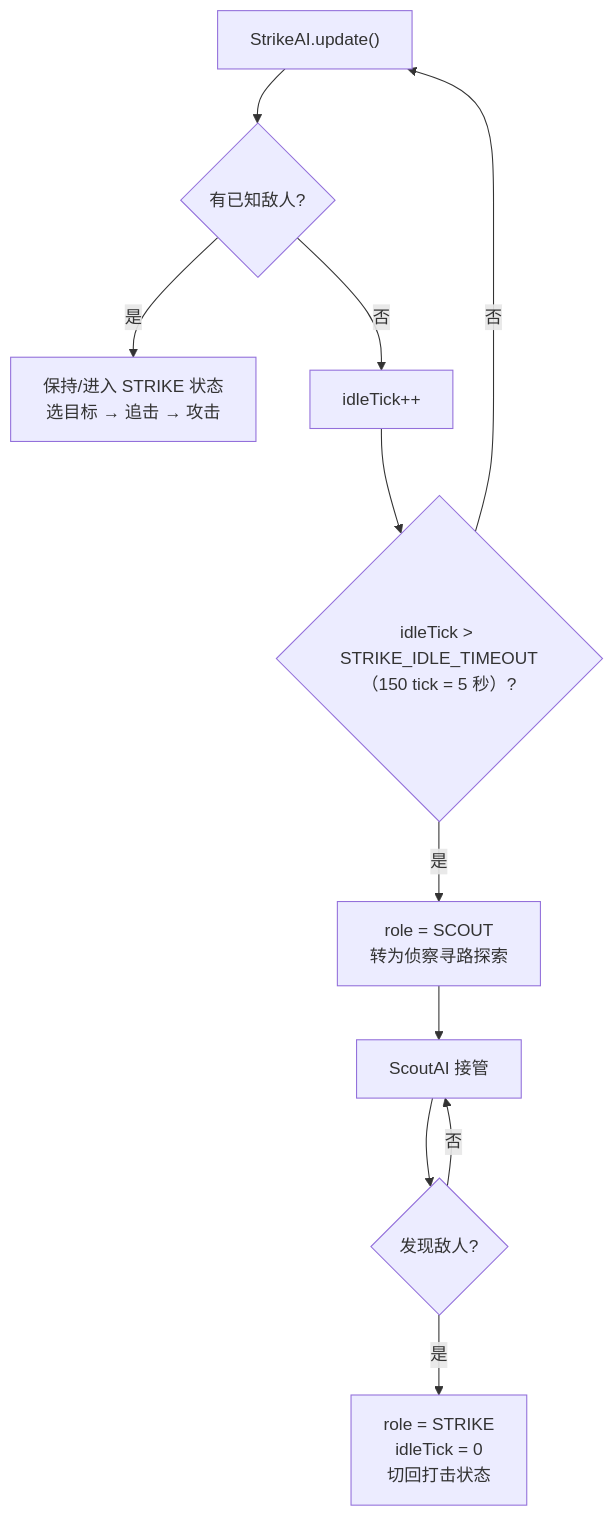
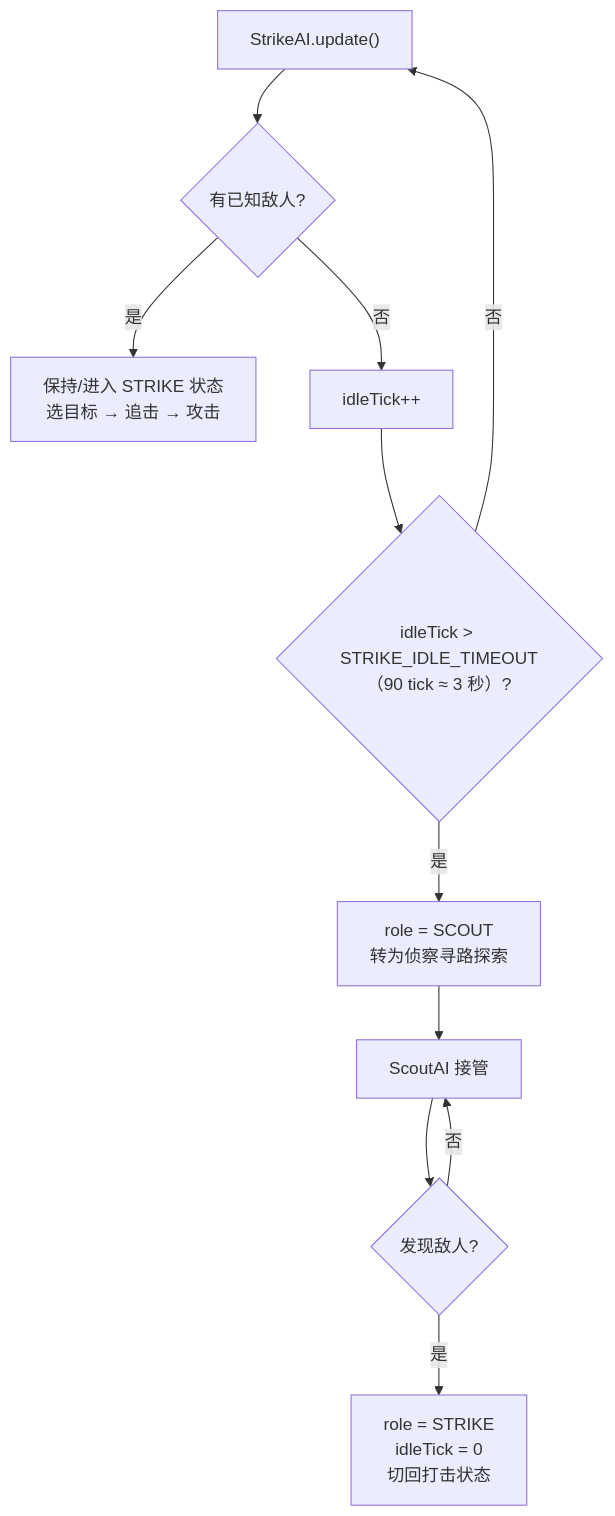
Before and after one commit to Arctitico/GDUWS: diagram 11 of 11 in docs/概要设计说明书.md, drawn with Mermaid. The commit also changed other lines of this file and 6 other files, not shown here.

````diff
--- a/docs/概要设计说明书.md
+++ b/docs/概要设计说明书.md
@@ -363,13 +390,13 @@
 ```mermaid
 flowchart TD
     A["StrikeAI.update()"] --> B{"有已知敌人?"}
     B -->|是| C["保持/进入 STRIKE 状态\n选目标 → 追击 → 攻击"]
     B -->|否| D["idleTick++"]
-    D --> E{"idleTick > STRIKE_IDLE_TIMEOUT\n（150 tick = 5 秒）?"}
+    D --> E{"idleTick > STRIKE_IDLE_TIMEOUT\n（90 tick ≈ 3 秒）?"}
     E -->|否| A
     E -->|是| F["role = SCOUT\n转为侦察寻路探索"]
     F --> G["ScoutAI 接管"]
     G --> H{"发现敌人?"}
     H -->|是| I["role = STRIKE\nidleTick = 0\n切回打击状态"]
     H -->|否| G
 ```
````
